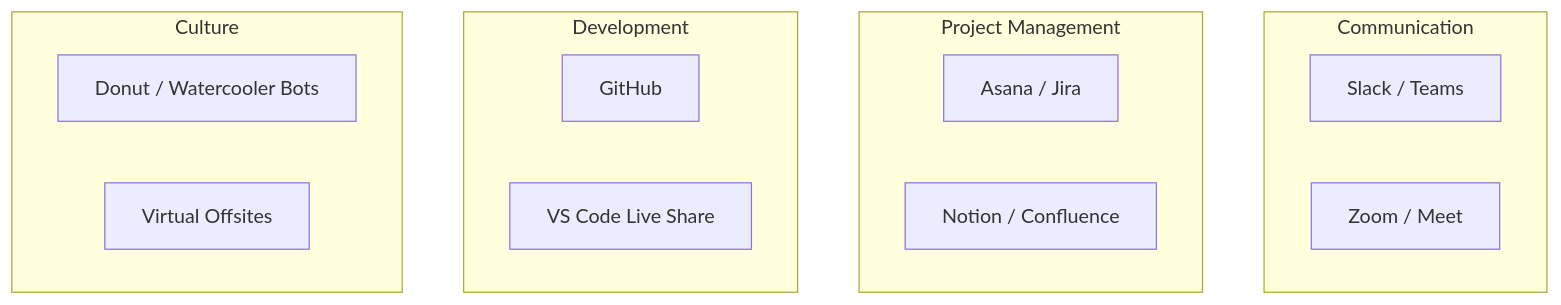
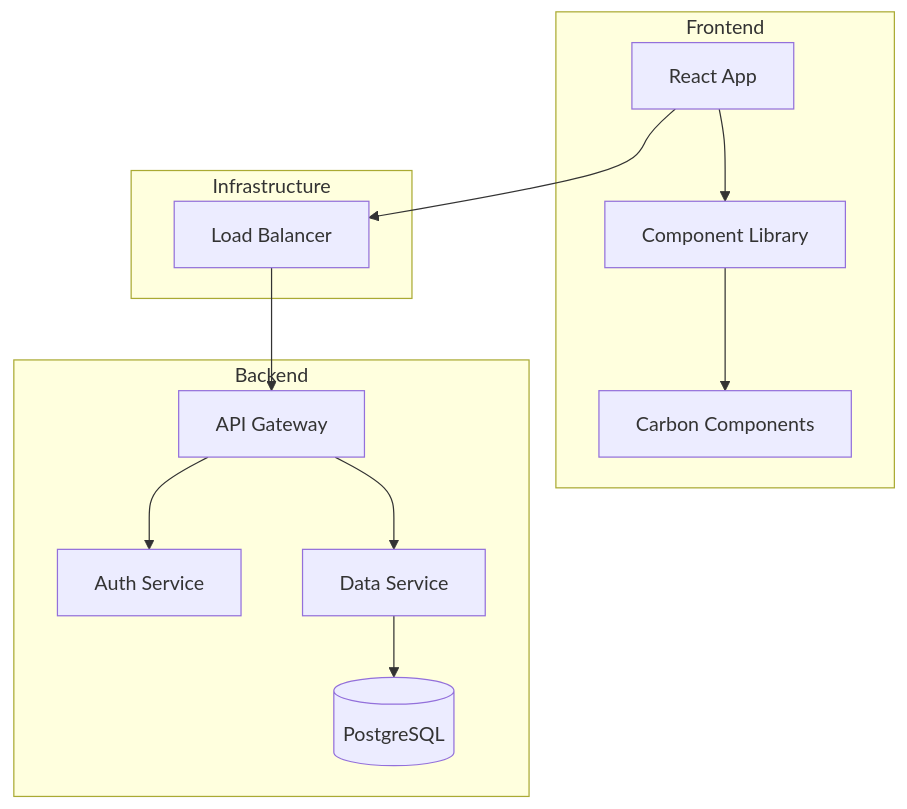
One commit to JavaFXpert/slides changed the third of 10 diagrams in slides.md. Above: the diagram before and after it, drawn with Mermaid. The commit also changed other lines of this file and 1 other file, not shown here.

Commit message:
Put each type of carbon artifact supported in the slides demo.

````diff
--- a/slides.md
+++ b/slides.md
@@ -101,19 +326,18 @@
 ```mermaid
 flowchart TD
-    subgraph Communication
-        A[Slack / Teams]
-        B[Zoom / Meet]
+    subgraph Frontend
+        A[React App] --> B[Component Library]
+        B --> C[Carbon Components]
     end
-    subgraph Project Management
-        C[Asana / Jira]
-        D[Notion / Confluence]
+
+    subgraph Backend
+        D[API Gateway] --> E[Auth Service]
+        D --> F[Data Service]
+        F --> G[(PostgreSQL)]
     end
-    subgraph Development
-        E[GitHub]
-        F[VS Code Live Share]
-    end
-    subgraph Culture
-        G[Donut / Watercooler Bots]
-        H[Virtual Offsites]
+
+    subgraph Infrastructure
+        H[Load Balancer] --> D
+        A --> H
     end
 ```
````
